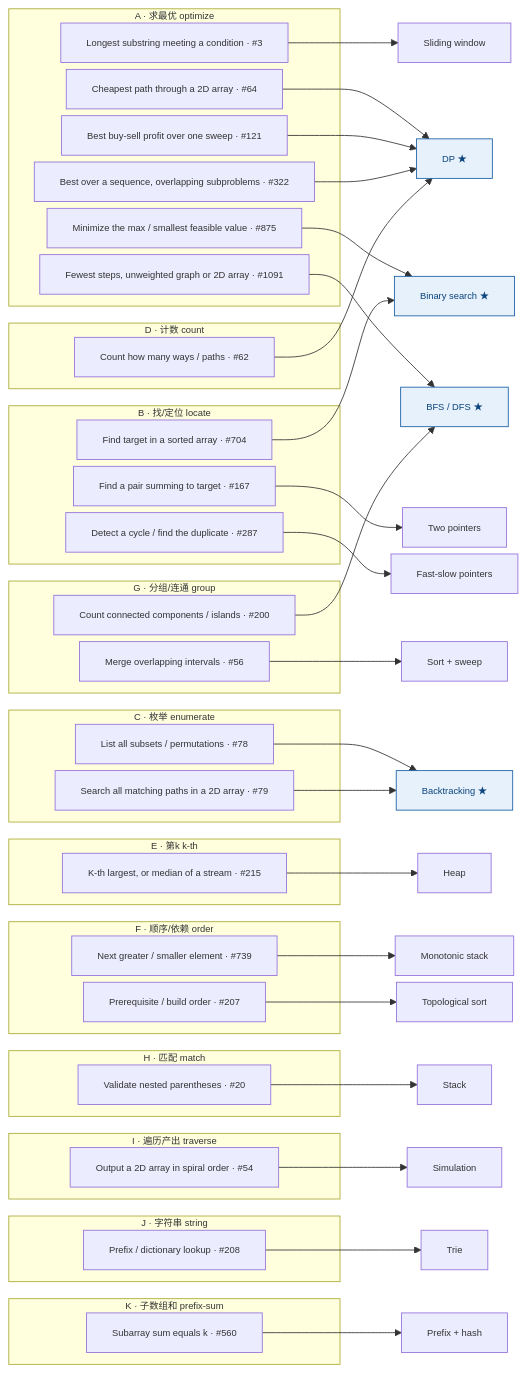
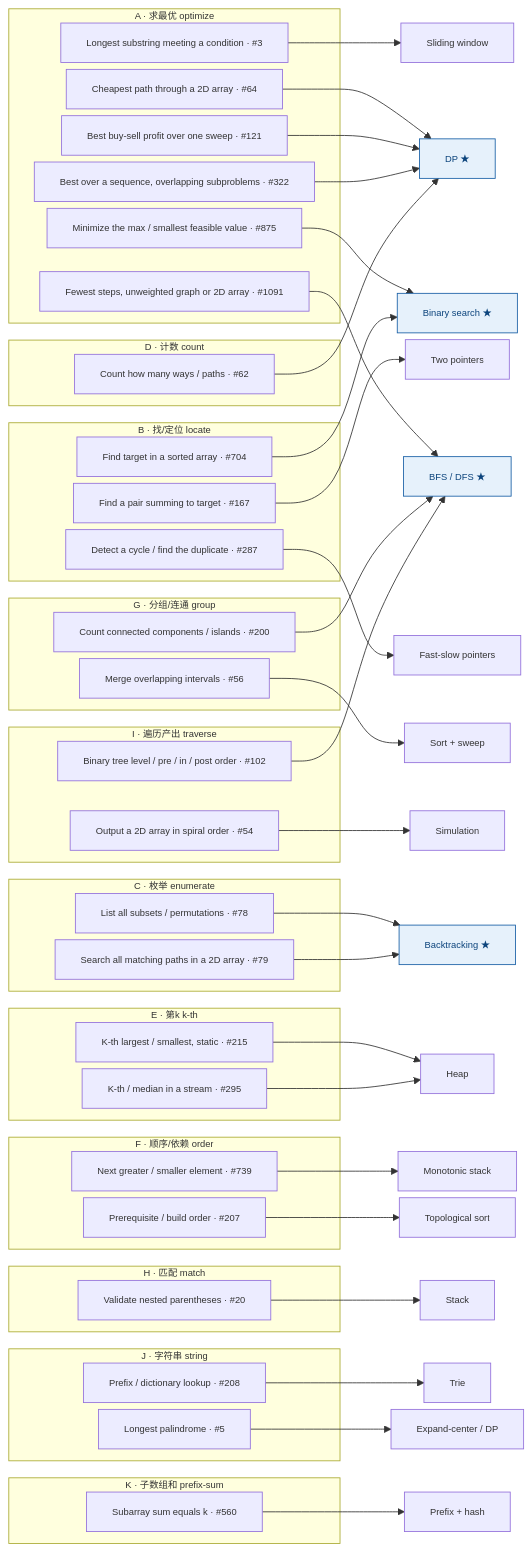
One commit to zhnzhang61/cs-resources changed the diagram in lc-coverage-framework.md. Above: the diagram before and after it, drawn with Mermaid. The commit also changed other lines of this file, not shown here.

Commit message:
Sync diagram to table: add tree→BFS/DFS (102), 295, 5
The Mermaid diagram had 21 nodes but the §2 table has 24 — it
dropped #102 (tree → BFS/DFS traversal), #295 (stream → heap),
#5 (palindrome → expand-center). That's why BFS/DFS had no tree
pointing to it. Added all three so the diagram matches the table;
BFS/DFS now fans in from graph + 2D array + tree (←3, updated in
§3 hub table). Added an Expand-center/DP leaf node for #5.

````diff
--- a/lc-coverage-framework.md
+++ b/lc-coverage-framework.md
@@ -98,70 +98,76 @@
 ```mermaid
 %%{init: {'flowchart': {'nodeSpacing': 8, 'rankSpacing': 60, 'wrappingWidth': 420}, 'themeVariables': {'fontSize': '11px'}}}%%
 flowchart LR
   subgraph A["A · 求最优 optimize"]
     t1["Longest substring meeting a condition · #3"]
     t2["Minimize the max / smallest feasible value · #875"]
     t3["Fewest steps, unweighted graph or 2D array · #1091"]
     t4["Cheapest path through a 2D array · #64"]
     t5["Best buy-sell profit over one sweep · #121"]
     t6["Best over a sequence, overlapping subproblems · #322"]
   end
   subgraph B["B · 找/定位 locate"]
     t7["Find target in a sorted array · #704"]
     t8["Find a pair summing to target · #167"]
     t9["Detect a cycle / find the duplicate · #287"]
   end
   subgraph C["C · 枚举 enumerate"]
     t10["List all subsets / permutations · #78"]
     t11["Search all matching paths in a 2D array · #79"]
   end
   subgraph D["D · 计数 count"]
     t12["Count how many ways / paths · #62"]
   end
   subgraph E["E · 第k k-th"]
-    t13["K-th largest, or median of a stream · #215"]
+    t13["K-th largest / smallest, static · #215"]
+    t22["K-th / median in a stream · #295"]
   end
   subgraph F["F · 顺序/依赖 order"]
     t14["Next greater / smaller element · #739"]
     t15["Prerequisite / build order · #207"]
   end
   subgraph G["G · 分组/连通 group"]
     t16["Count connected components / islands · #200"]
     t17["Merge overlapping intervals · #56"]
   end
   subgraph H["H · 匹配 match"]
     t18["Validate nested parentheses · #20"]
   end
   subgraph I["I · 遍历产出 traverse"]
     t19["Output a 2D array in spiral order · #54"]
+    t23["Binary tree level / pre / in / post order · #102"]
   end
   subgraph J["J · 字符串 string"]
     t20["Prefix / dictionary lookup · #208"]
+    t24["Longest palindrome · #5"]
   end
   subgraph K["K · 子数组和 prefix-sum"]
     t21["Subarray sum equals k · #560"]
   end
   t1 --> aSW["Sliding window"]
   t2 --> aBS["Binary search ★"]
   t3 --> aBFS["BFS / DFS ★"]
   t4 --> aDP["DP ★"]
   t5 --> aDP
   t6 --> aDP
   t7 --> aBS
   t8 --> a2P["Two pointers"]
   t9 --> aFS["Fast-slow pointers"]
   t10 --> aBT["Backtracking ★"]
   t11 --> aBT
   t12 --> aDP
   t13 --> aHeap["Heap"]
   t14 --> aMS["Monotonic stack"]
   t15 --> aTopo["Topological sort"]
   t16 --> aBFS
   t17 --> aSweep["Sort + sweep"]
   t18 --> aStack["Stack"]
   t19 --> aSim["Simulation"]
   t20 --> aTrie["Trie"]
   t21 --> aPre["Prefix + hash"]
+  t22 --> aHeap
+  t23 --> aBFS
+  t24 --> aExpand["Expand-center / DP"]
   classDef hub fill:#E6F1FB,stroke:#185FA5,color:#0C447C;
   class aBS,aBFS,aDP,aBT hub;
 ```
````
